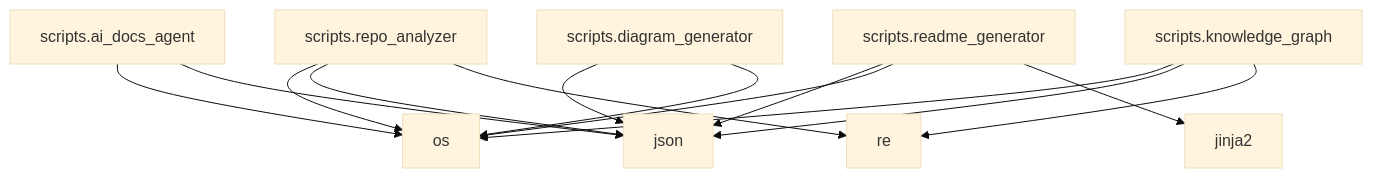
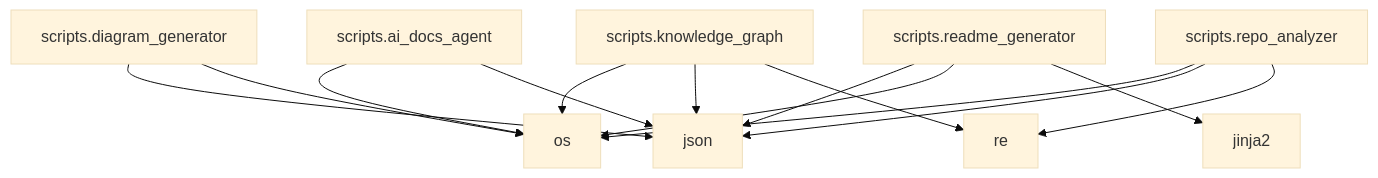
Before and after one commit to NITISH-R-G/FACE-EMOTION-DETECTION: the diagram in README.md, drawn with Mermaid (base theme). The commit also changed other lines of this file and 3 other files, not shown here.

Commit message:
docs: auto-update repository documentation and diagrams [skip ci]

````diff
--- a/README.md
+++ b/README.md
@@ -45,30 +45,30 @@
 ```mermaid
 graph TD;
-    scripts_repo_analyzer["scripts.repo_analyzer"];
-    click scripts_repo_analyzer "scripts/repo_analyzer.py" "View source";
+    scripts_knowledge_graph["scripts.knowledge_graph"];
+    click scripts_knowledge_graph "scripts/knowledge_graph.py" "View source";
     os["os"];
     json["json"];
     re["re"];
+    scripts_diagram_generator["scripts.diagram_generator"];
+    click scripts_diagram_generator "scripts/diagram_generator.py" "View source";
+    scripts_ai_docs_agent["scripts.ai_docs_agent"];
+    click scripts_ai_docs_agent "scripts/ai_docs_agent.py" "View source";
     scripts_readme_generator["scripts.readme_generator"];
     click scripts_readme_generator "scripts/readme_generator.py" "View source";
     jinja2["jinja2"];
-    scripts_ai_docs_agent["scripts.ai_docs_agent"];
-    click scripts_ai_docs_agent "scripts/ai_docs_agent.py" "View source";
-    scripts_diagram_generator["scripts.diagram_generator"];
-    click scripts_diagram_generator "scripts/diagram_generator.py" "View source";
-    scripts_knowledge_graph["scripts.knowledge_graph"];
-    click scripts_knowledge_graph "scripts/knowledge_graph.py" "View source";
+    scripts_repo_analyzer["scripts.repo_analyzer"];
+    click scripts_repo_analyzer "scripts/repo_analyzer.py" "View source";
+    scripts_knowledge_graph --> os;
+    scripts_knowledge_graph --> json;
+    scripts_knowledge_graph --> re;
+    scripts_diagram_generator --> json;
+    scripts_diagram_generator --> os;
+    scripts_ai_docs_agent --> os;
+    scripts_ai_docs_agent --> json;
+    scripts_readme_generator --> json;
+    scripts_readme_generator --> os;
+    scripts_readme_generator --> jinja2;
     scripts_repo_analyzer --> os;
     scripts_repo_analyzer --> json;
     scripts_repo_analyzer --> re;
-    scripts_readme_generator --> json;
-    scripts_readme_generator --> os;
-    scripts_readme_generator --> jinja2;
-    scripts_ai_docs_agent --> os;
-    scripts_ai_docs_agent --> json;
-    scripts_diagram_generator --> json;
-    scripts_diagram_generator --> os;
-    scripts_knowledge_graph --> os;
-    scripts_knowledge_graph --> json;
-    scripts_knowledge_graph --> re;
 ```
````
